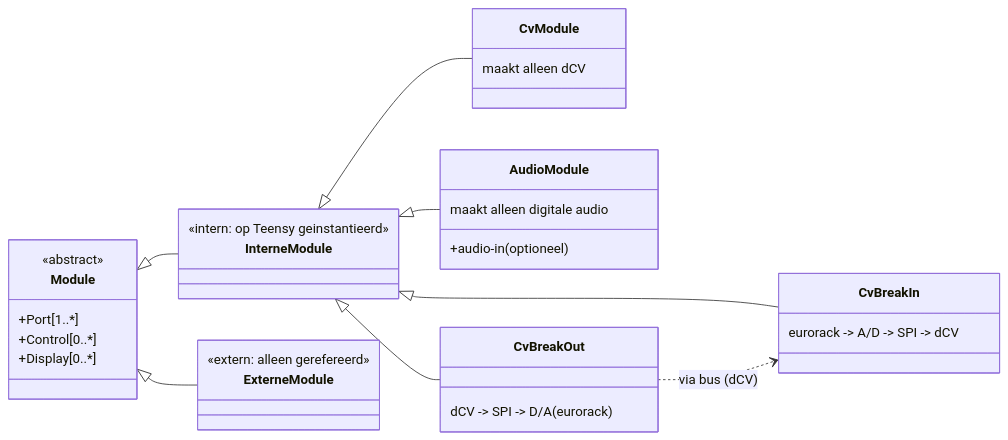
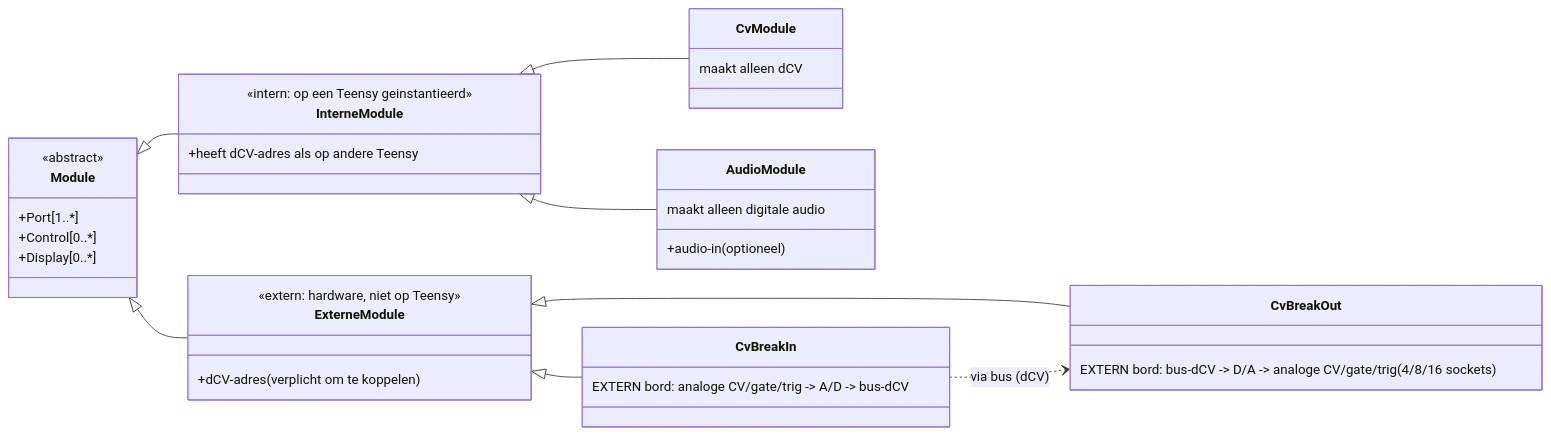
The second of 3 diagrams in doc/uml/08-core-runtime-hierarchy.md (MarkWestbroek/MusicBrain), drawn with Mermaid before and after one commit. The commit also changed other lines of this file and 6 other files, not shown here.

````diff
--- a/doc/uml/08-core-runtime-hierarchy.md
+++ b/doc/uml/08-core-runtime-hierarchy.md
@@ -164,40 +165,42 @@
 ```mermaid
 classDiagram
     direction LR
 
     class Module {
         <<abstract>>
         +Port[1..*]
         +Control[0..*]
         +Display[0..*]
     }
     class InterneModule {
-        <<intern: op Teensy geinstantieerd>>
+        <<intern: op een Teensy geinstantieerd>>
+        +heeft dCV-adres als op andere Teensy
     }
     class ExterneModule {
-        <<extern: alleen gerefereerd>>
+        <<extern: hardware, niet op Teensy>>
+        +dCV-adres (verplicht om te koppelen)
     }
     class CvModule {
         maakt alleen dCV
     }
     class AudioModule {
         maakt alleen digitale audio
         +audio-in (optioneel)
     }
 
     class CvBreakOut {
-        dCV -> SPI -> D/A (eurorack)
+        EXTERN bord: bus-dCV -> D/A -> analoge CV/gate/trig (4/8/16 sockets)
     }
     class CvBreakIn {
-        eurorack -> A/D -> SPI -> dCV
+        EXTERN bord: analoge CV/gate/trig -> A/D -> bus-dCV
     }
 
     Module <|-- InterneModule
     Module <|-- ExterneModule
     InterneModule <|-- CvModule
     InterneModule <|-- AudioModule
-    InterneModule <|-- CvBreakOut
-    InterneModule <|-- CvBreakIn
+    ExterneModule <|-- CvBreakOut
+    ExterneModule <|-- CvBreakIn
 
-    CvBreakOut ..> CvBreakIn : via bus (dCV)
+    CvBreakIn ..> CvBreakOut : via bus (dCV)
 ```
````
